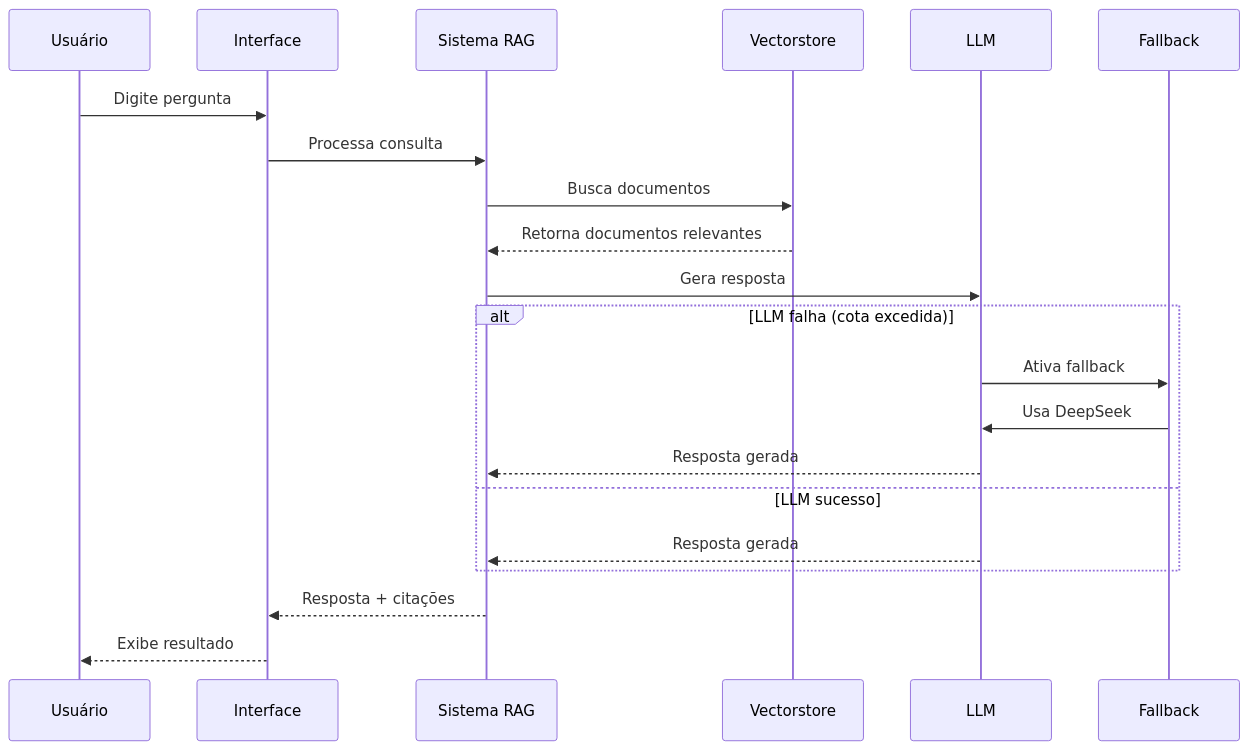
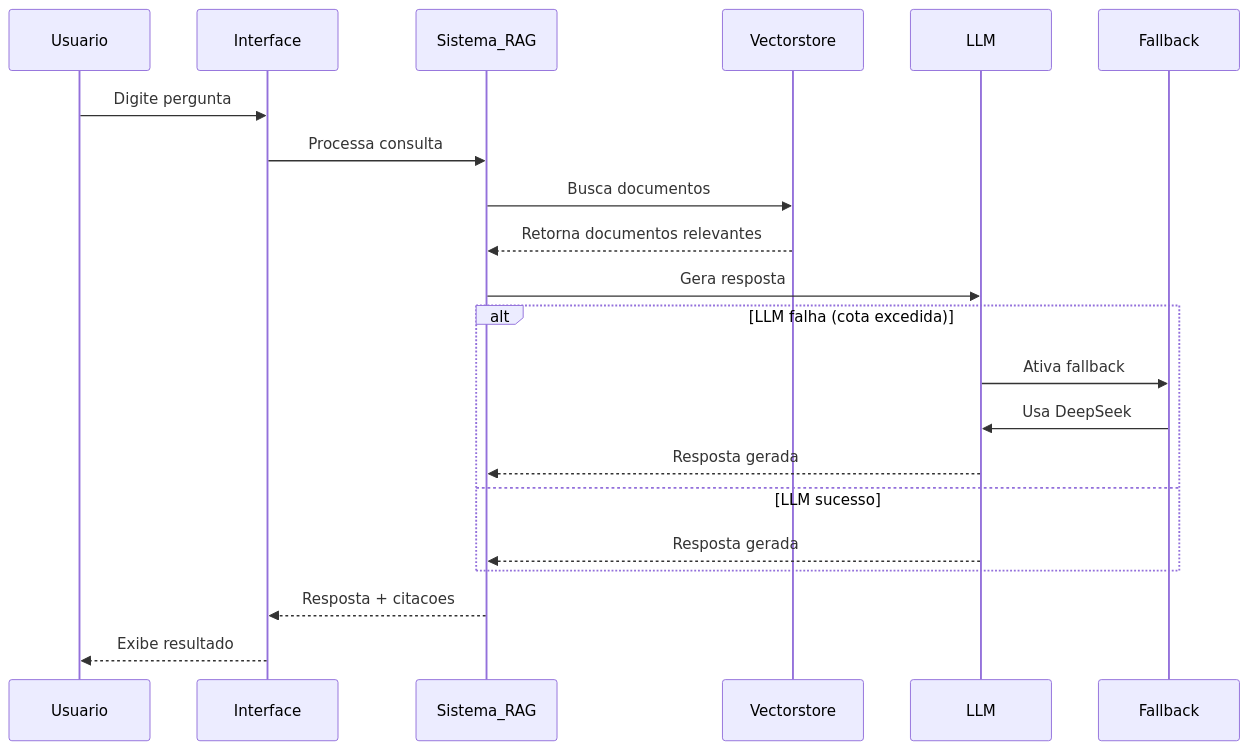
One commit to romulobrito/RAG-ANTT changed the third of 5 diagrams in README.md. Above: the diagram before and after it, drawn with Mermaid. The commit also changed other lines of this file, not shown here.

Commit message:
Corrigir diagramas Mermaid no README.md - Remover caracteres especiais e padronizar sintaxe para melhor compatibilidade

````diff
--- a/README.md
+++ b/README.md
@@ -183,26 +183,26 @@
 ```mermaid
 sequenceDiagram
-    participant U as Usuário
+    participant U as Usuario
     participant UI as Interface
-    participant S as Sistema RAG
+    participant S as Sistema_RAG
     participant V as Vectorstore
     participant LLM as LLM
     participant F as Fallback
     
     U->>UI: Digite pergunta
     UI->>S: Processa consulta
     S->>V: Busca documentos
     V-->>S: Retorna documentos relevantes
     S->>LLM: Gera resposta
     
     alt LLM falha (cota excedida)
         LLM->>F: Ativa fallback
         F->>LLM: Usa DeepSeek
         LLM-->>S: Resposta gerada
     else LLM sucesso
         LLM-->>S: Resposta gerada
     end
     
-    S-->>UI: Resposta + citações
+    S-->>UI: Resposta + citacoes
     UI-->>U: Exibe resultado
 ```
````
